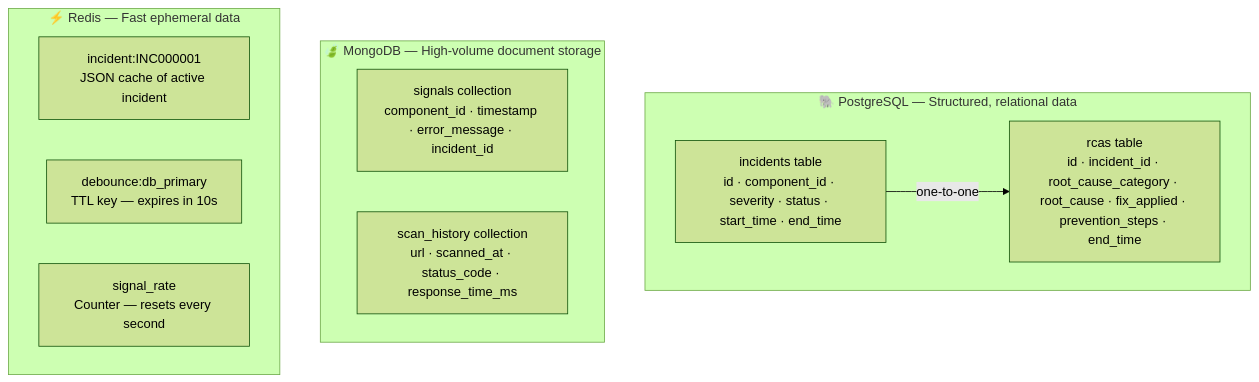
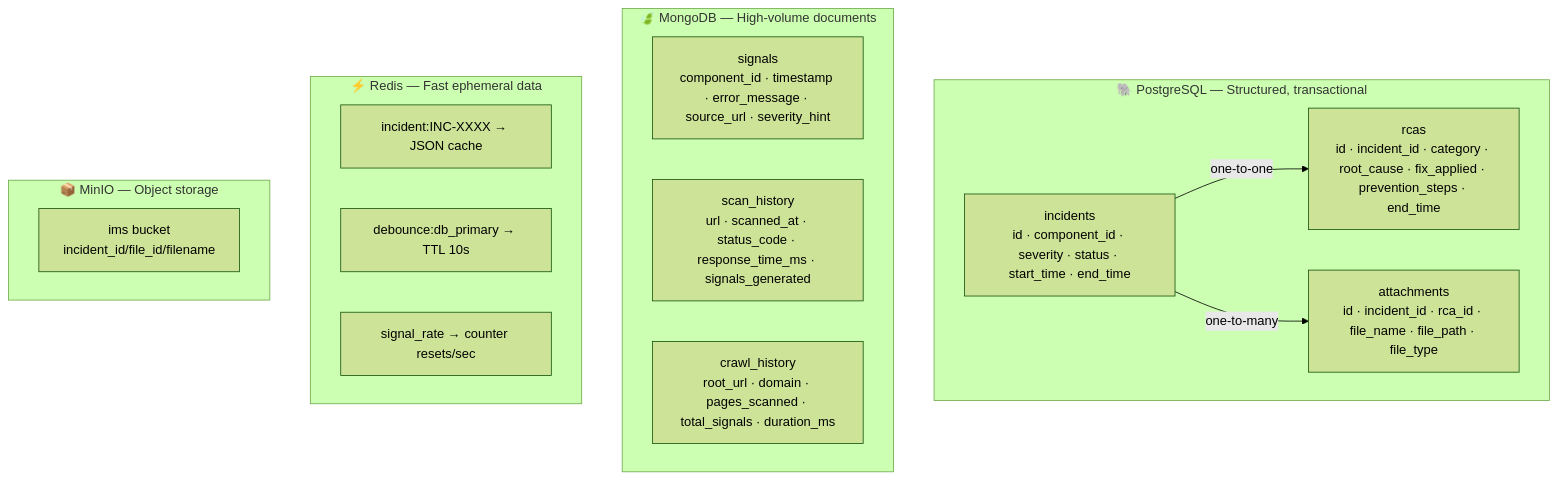
Before and after one commit to ManishKudtarkar/incident-management: the eighth of 8 diagrams in README.md, drawn with Mermaid (forest theme). The commit also changed other lines of this file and 9 other files, not shown here.

````diff
--- a/README.md
+++ b/README.md
@@ -473,19 +428,26 @@
 ```mermaid
 graph TD
-    subgraph PostgreSQL["🐘 PostgreSQL — Structured, relational data"]
-        T1[incidents table<br/>id · component_id · severity · status · start_time · end_time]
-        T2[rcas table<br/>id · incident_id · root_cause_category · root_cause · fix_applied · prevention_steps · end_time]
+    subgraph PostgreSQL["🐘 PostgreSQL — Structured, transactional"]
+        T1[incidents<br/>id · component_id · severity · status · start_time · end_time]
+        T2[rcas<br/>id · incident_id · category · root_cause · fix_applied · prevention_steps · end_time]
+        T3[attachments<br/>id · incident_id · rca_id · file_name · file_path · file_type]
         T1 -->|one-to-one| T2
+        T1 -->|one-to-many| T3
     end
 
-    subgraph MongoDB["🍃 MongoDB — High-volume document storage"]
-        C1[signals collection<br/>component_id · timestamp · error_message · incident_id]
-        C2[scan_history collection<br/>url · scanned_at · status_code · response_time_ms]
+    subgraph MongoDB["🍃 MongoDB — High-volume documents"]
+        C1[signals<br/>component_id · timestamp · error_message · source_url · severity_hint]
+        C2[scan_history<br/>url · scanned_at · status_code · response_time_ms · signals_generated]
+        C3[crawl_history<br/>root_url · domain · pages_scanned · total_signals · duration_ms]
     end
 
     subgraph Redis["⚡ Redis — Fast ephemeral data"]
-        K1[incident:INC000001<br/>JSON cache of active incident]
-        K2[debounce:db_primary<br/>TTL key — expires in 10s]
-        K3[signal_rate<br/>Counter — resets every second]
+        K1[incident:INC-XXXX → JSON cache]
+        K2[debounce:db_primary → TTL 10s]
+        K3[signal_rate → counter resets/sec]
+    end
+
+    subgraph MinIO["📦 MinIO — Object storage"]
+        B1[ims bucket<br/>incident_id/file_id/filename]
     end
 ```
````
